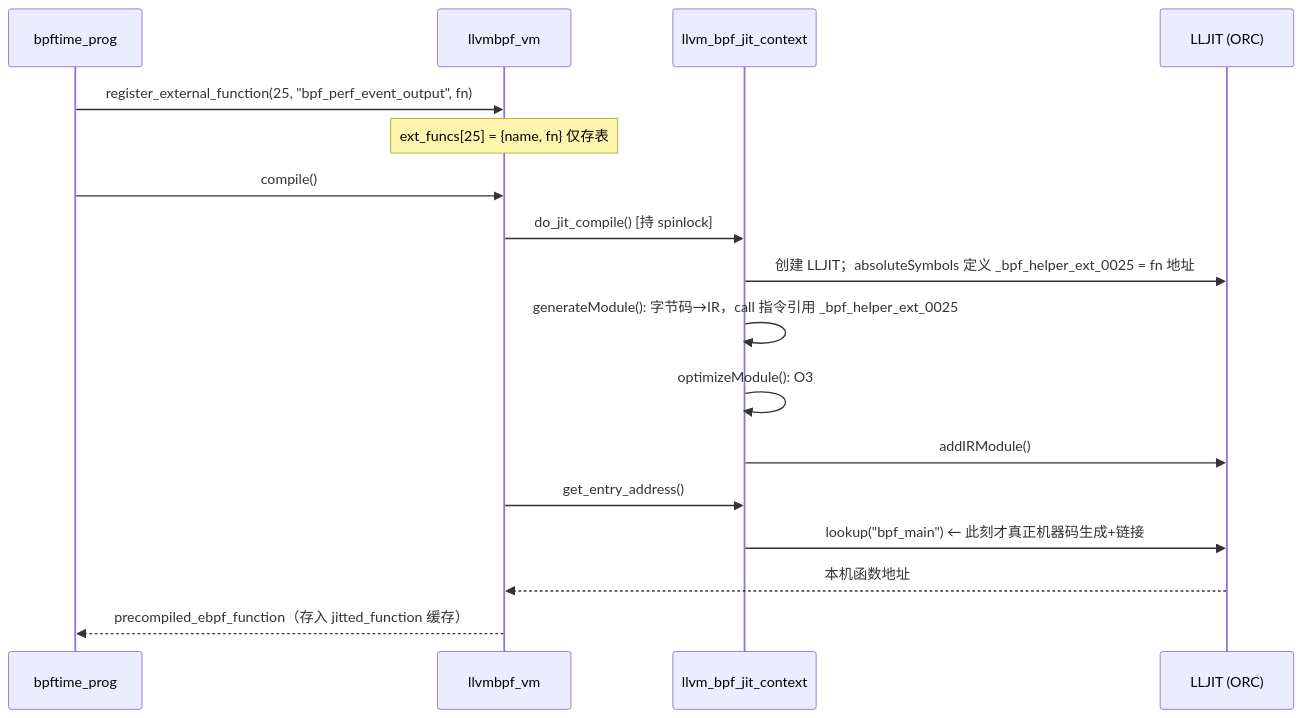
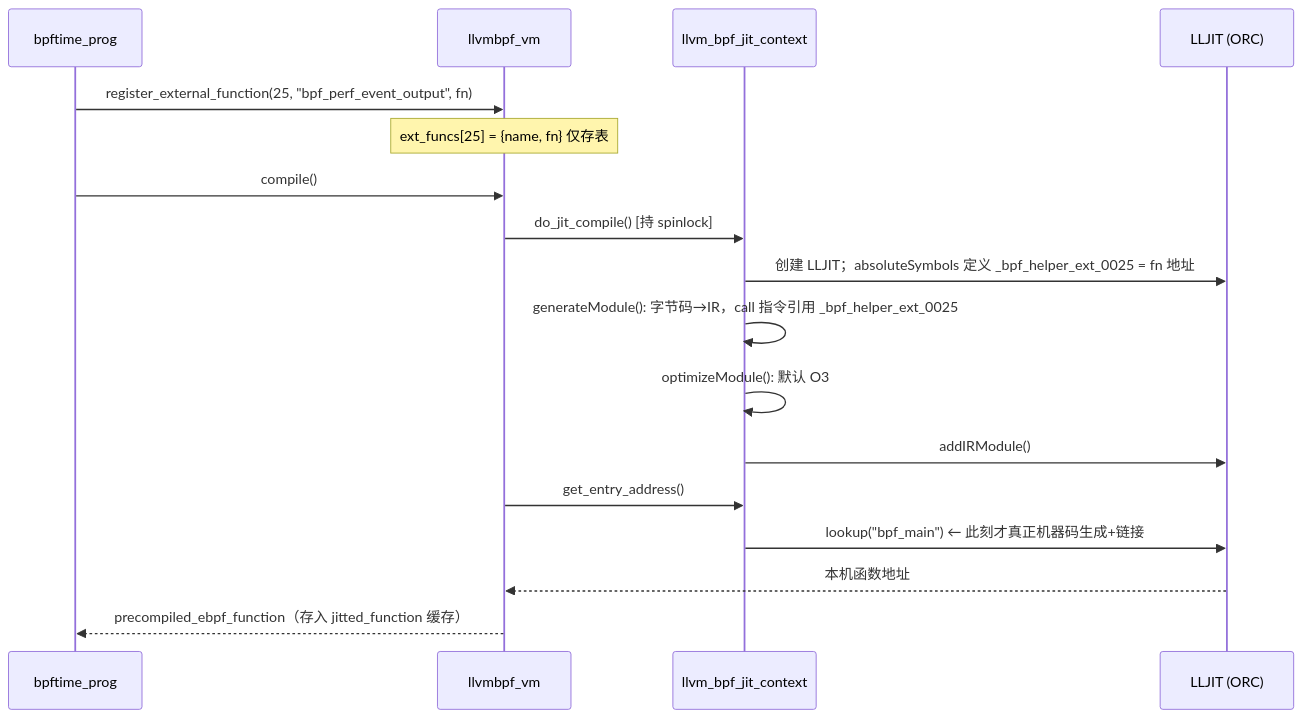
One commit to plsy1/bpftime-benchmark changed the second of 3 diagrams in 05-vm-llvm-jit.md. Above: the diagram before and after it, drawn with Mermaid. The commit also changed other lines of this file and 9 other files, not shown here.

````diff
--- a/05-vm-llvm-jit.md
+++ b/05-vm-llvm-jit.md
@@ -239,19 +305,19 @@
 ```mermaid
 sequenceDiagram
     participant P as bpftime_prog
     participant V as llvmbpf_vm
     participant C as llvm_bpf_jit_context
     participant L as LLJIT (ORC)
     P->>V: register_external_function(25, "bpf_perf_event_output", fn)
     Note over V: ext_funcs[25] = {name, fn} 仅存表
     P->>V: compile()
     V->>C: do_jit_compile()  [持 spinlock]
     C->>L: 创建 LLJIT；absoluteSymbols 定义 _bpf_helper_ext_0025 = fn 地址
     C->>C: generateModule(): 字节码→IR，call 指令引用 _bpf_helper_ext_0025
-    C->>C: optimizeModule(): O3
+    C->>C: optimizeModule(): 默认 O3
     C->>L: addIRModule()
     V->>C: get_entry_address()
     C->>L: lookup("bpf_main")  ← 此刻才真正机器码生成+链接
     L-->>V: 本机函数地址
     V-->>P: precompiled_ebpf_function（存入 jitted_function 缓存）
 ```
````
